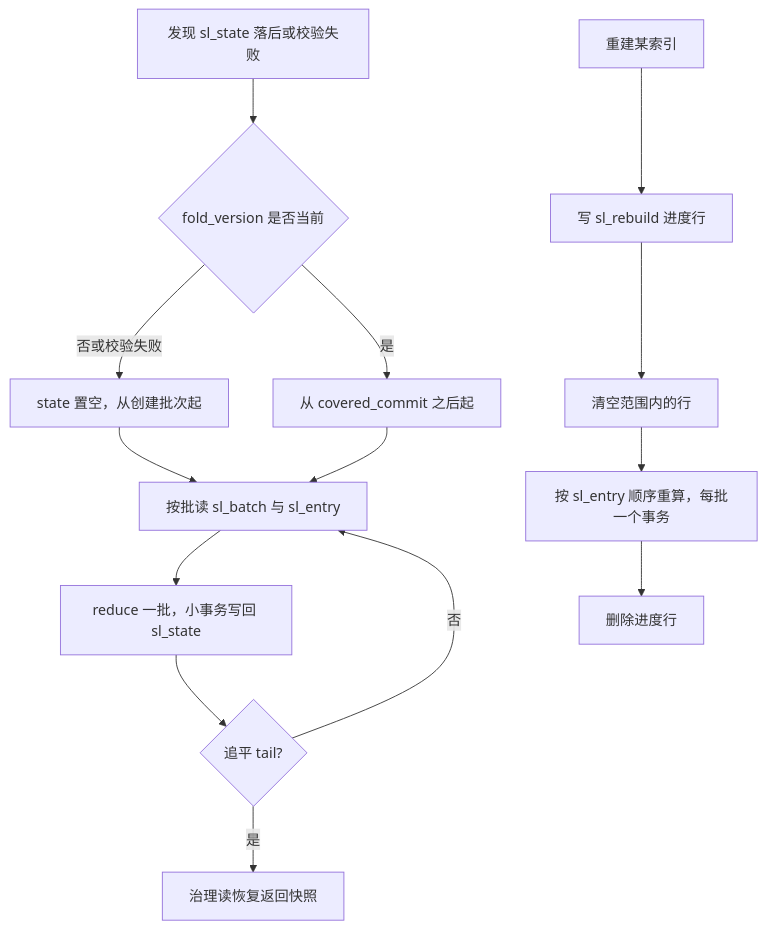
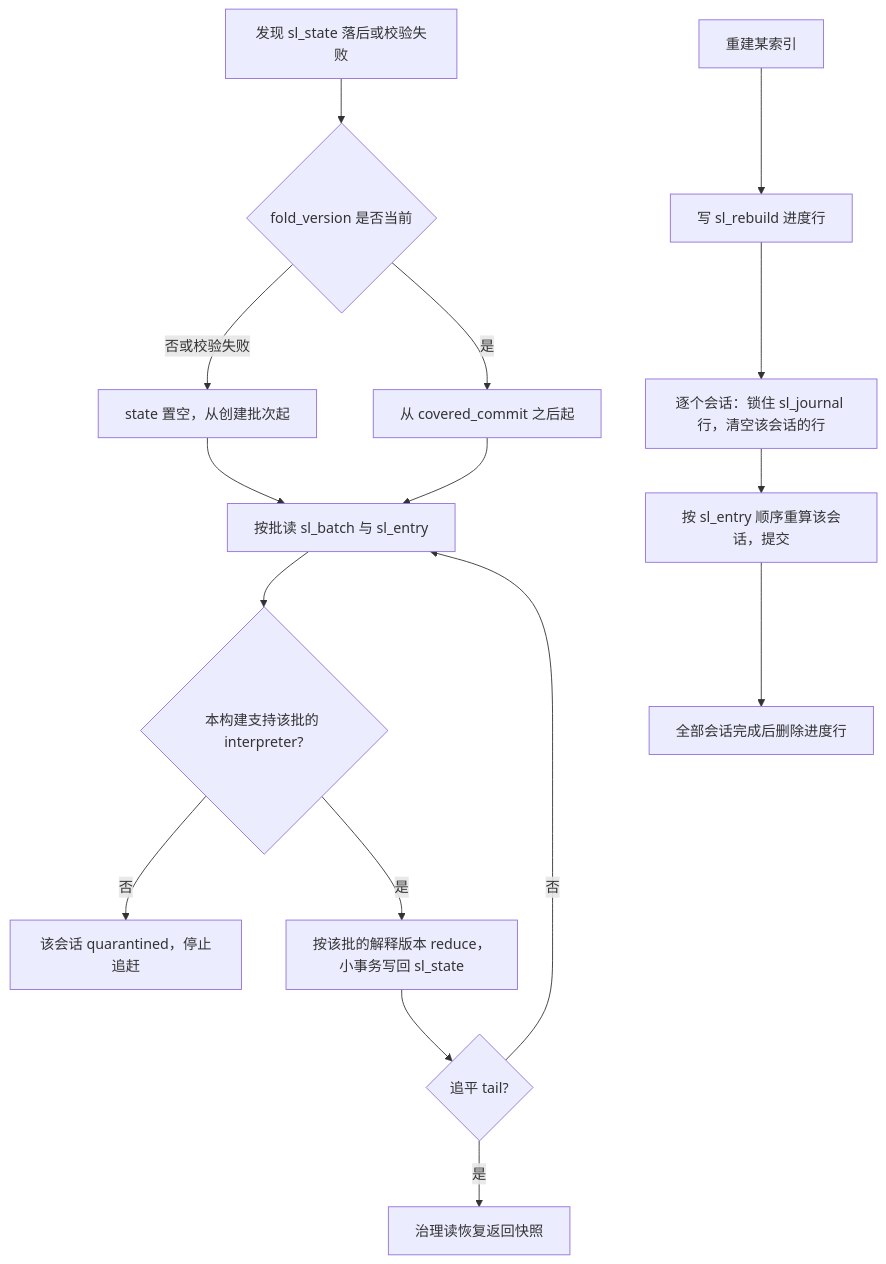
One commit to nemori-ai/omne-harness-lite changed the fifth of 5 diagrams in packages/session/session-storage-sql/docs/flows.md. Above: the diagram before and after it, drawn with Mermaid. The commit also changed other lines of this file and 25 other files, not shown here.

````diff
--- a/packages/session/session-storage-sql/docs/flows.md
+++ b/packages/session/session-storage-sql/docs/flows.md
@@ -141,16 +152,18 @@
 ```mermaid
 flowchart TD
     A[发现 sl_state 落后或校验失败] --> B{fold_version 是否当前}
     B -- 否或校验失败 --> C[state 置空，从创建批次起]
     B -- 是 --> D[从 covered_commit 之后起]
     C --> E[按批读 sl_batch 与 sl_entry]
     D --> E
-    E --> F[reduce 一批，小事务写回 sl_state]
+    E --> V{本构建支持该批的 interpreter?}
+    V -- 否 --> Q[该会话 quarantined，停止追赶]
+    V -- 是 --> F[按该批的解释版本 reduce，小事务写回 sl_state]
     F --> G{追平 tail?}
     G -- 否 --> E
     G -- 是 --> H[治理读恢复返回快照]
     I[重建某索引] --> K[写 sl_rebuild 进度行]
-    K --> L[清空范围内的行]
-    L --> M[按 sl_entry 顺序重算，每批一个事务]
-    M --> N[删除进度行]
+    K --> L[逐个会话：锁住 sl_journal 行，清空该会话的行]
+    L --> M[按 sl_entry 顺序重算该会话，提交]
+    M --> N[全部会话完成后删除进度行]
 ```
````
